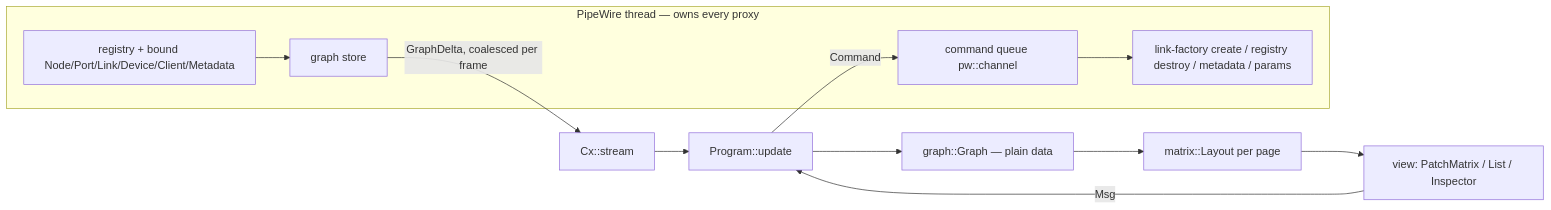
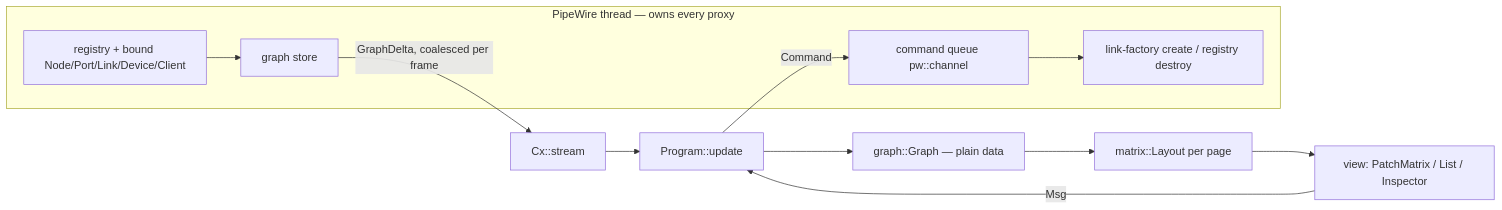
The diagram in docs/architecture.md (raptros/aizome-musubi), drawn with Mermaid before and after one commit. The commit also changed other lines of this file and 10 other files, not shown here.

````diff
--- a/docs/architecture.md
+++ b/docs/architecture.md
@@ -21,14 +21,14 @@
 ```mermaid
 flowchart LR
   subgraph PW[PipeWire thread — owns every proxy]
-    REG[registry + bound Node/Port/Link/Device/Client/Metadata] --> MODEL_PW[graph store]
-    CMD[command queue pw::channel] --> ACT[link-factory create / registry destroy / metadata / params]
+    REG[registry + bound Node/Port/Link/Device/Client] --> MODEL_PW[graph store]
+    CMD[command queue pw::channel] --> ACT[link-factory create / registry destroy]
   end
   MODEL_PW -- GraphDelta, coalesced per frame --> STREAM[Cx::stream]
   STREAM --> APP[Program::update]
   APP --> GRAPH[graph::Graph — plain data]
   GRAPH --> DERIVE[matrix::Layout per page]
   DERIVE --> VIEW[view: PatchMatrix / List / Inspector]
   VIEW -- Msg --> APP
   APP -- Command --> CMD
 ```
````
